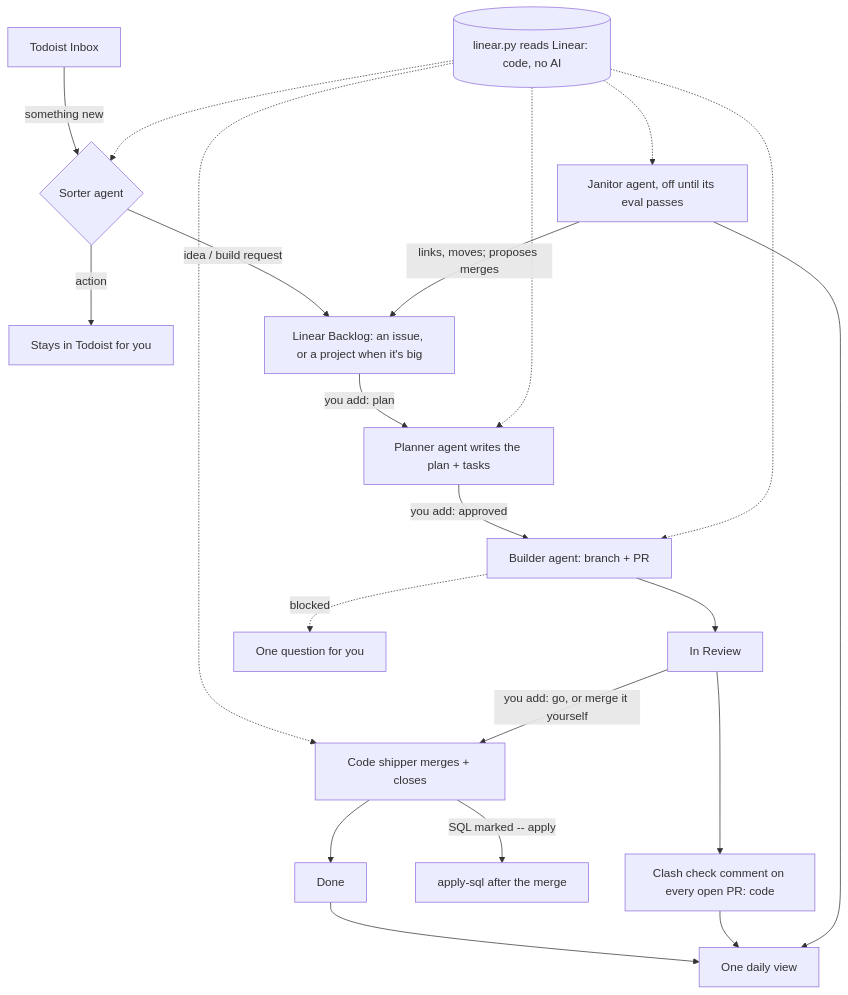
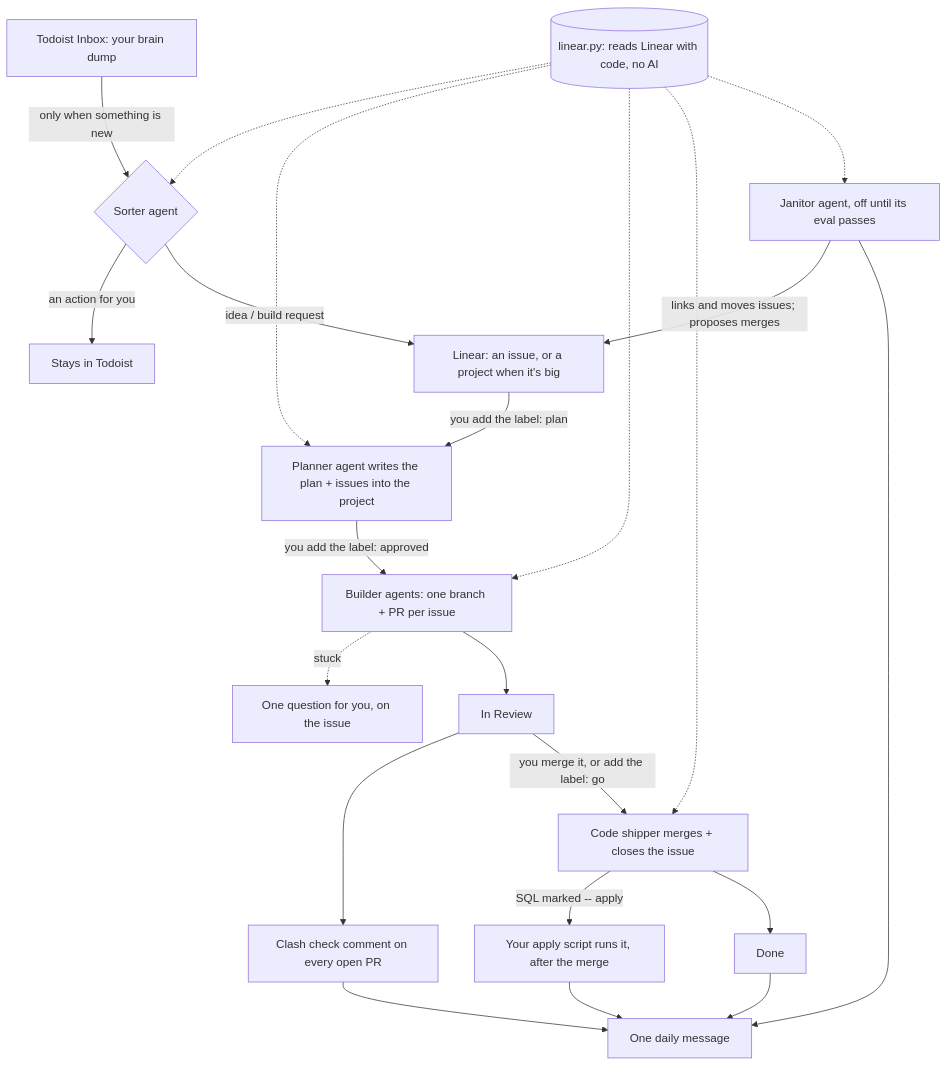
One commit to Cxjlabs/cxj-flow changed the diagram in README.md. Above: the diagram before and after it, drawn with Mermaid. The commit also changed other lines of this file and 2 other files, not shown here.

First line of the commit message:
README: how CXJ Flow works end to end (public-safe) (#6)

````diff
--- a/README.md
+++ b/README.md
@@ -7,17 +19,17 @@
 ```mermaid
 flowchart TD
-  T[Todoist Inbox] -->|something new| S{Sorter agent}
-  S -->|action| A[Stays in Todoist for you]
-  S -->|idea / build request| L[Linear Backlog: an issue, or a project when it's big]
-  L -->|you add: plan| P[Planner agent writes the plan + tasks]
-  P -->|you add: approved| B[Builder agent: branch + PR]
+  T[Todoist Inbox: your brain dump] -->|only when something is new| S{Sorter agent}
+  S -->|an action for you| A[Stays in Todoist]
+  S -->|idea / build request| L[Linear: an issue, or a project when it's big]
+  L -->|you add the label: plan| P[Planner agent writes the plan + issues into the project]
+  P -->|you add the label: approved| B[Builder agents: one branch + PR per issue]
+  B -.->|stuck| Q[One question for you, on the issue]
   B --> R[In Review]
-  B -.->|blocked| Q[One question for you]
-  LIN[(linear.py reads Linear: code, no AI)] -.-> S & P & B & SH & J
-  R --> C[Clash check comment on every open PR: code]
-  R -->|you add: go, or merge it yourself| SH[Code shipper merges + closes]
-  SH -->|SQL marked -- apply| SQL[apply-sql after the merge]
+  R --> C[Clash check comment on every open PR]
+  R -->|you merge it, or add the label: go| SH[Code shipper merges + closes the issue]
+  SH -->|SQL marked -- apply| SQL[Your apply script runs it, after the merge]
   SH --> D[Done]
-  J[Janitor agent, off until its eval passes] -->|links, moves; proposes merges| L
-  D & C & J --> V[One daily view]
+  J[Janitor agent, off until its eval passes] -->|links and moves issues; proposes merges| L
+  D & C & J & SQL --> V[One daily message]
+  LIN[(linear.py: reads Linear with code, no AI)] -.-> S & P & B & SH & J
 ```
````
